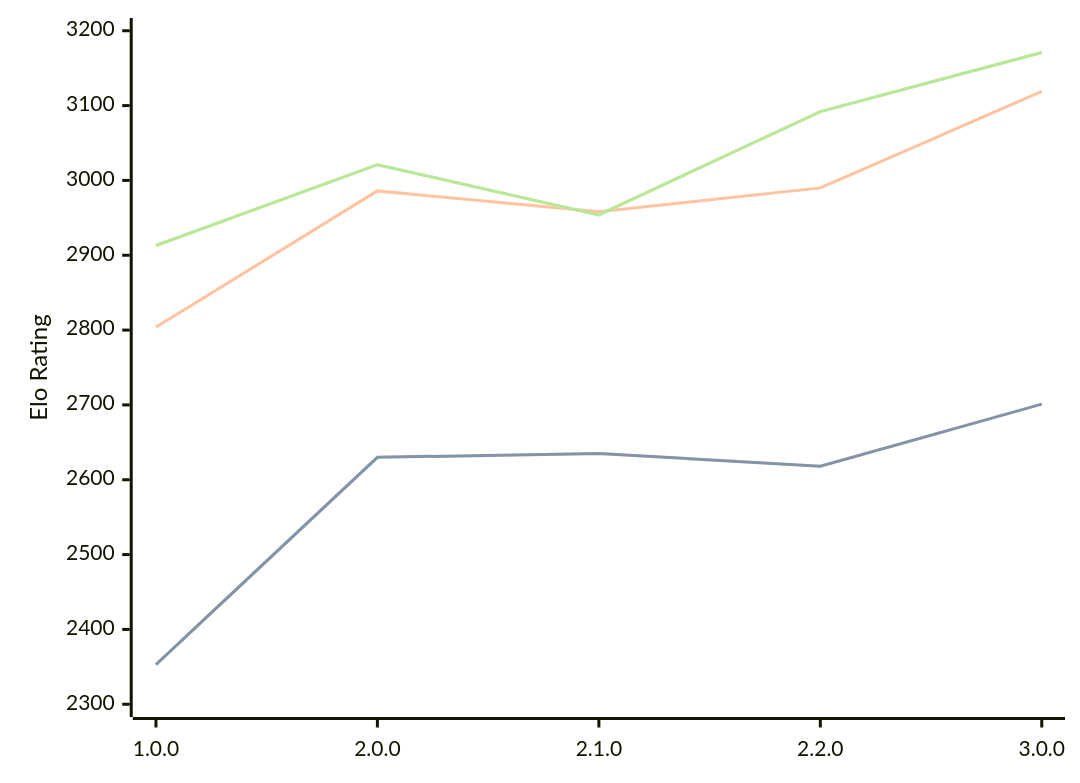
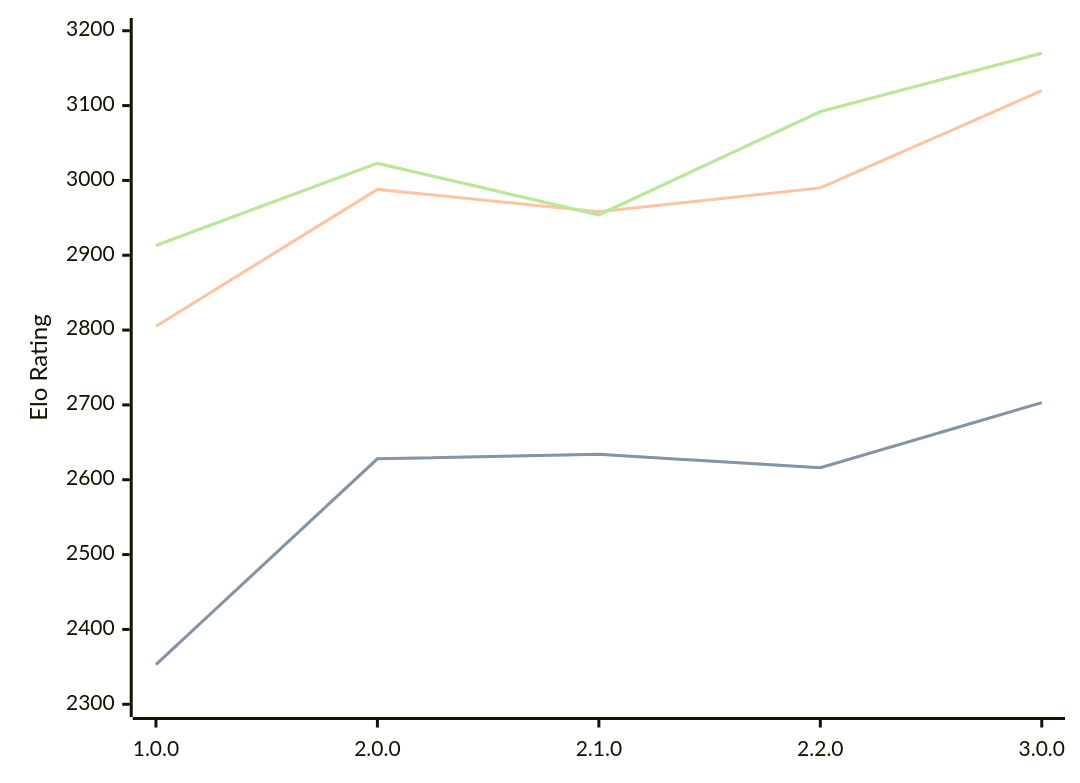
The diagram in engines/Catalyst.md (computer-chess-index/cci), drawn with Mermaid before and after one commit. The commit also changed other lines of this file, not shown here.

Commit message:
Update CCI Ratings (ELO VLTC) - 2026-04-27

````diff
--- a/engines/Catalyst.md
+++ b/engines/Catalyst.md
@@ -35,11 +35,11 @@
 ```mermaid
 %%{init: {"theme":"base","themeVariables":{"seriesColors:['#a3a3a3','#222221','#faa371']}}}%%
 xychart-beta
   x-axis ["1.0.0", "2.0.0", "2.1.0", "2.2.0", "3.0.0"]
   y-axis "Elo Rating" 2300 --> 3200
-  line "STC (8.0+0.08s)" [2353, 2630, 2635, 2618, 2701]
-  line "STC (8.0+0.08s)" [2353, 2630, 2635, 2618, 2701]
-  line "LTC (60.0+0.60s)" [2804, 2986, 2958, 2990, 3119]
-  line "VLTC (2m24s+1.12s)" [2913, 3021, 2954, 3092, 3171]
-  line "VLTC (2m24s+1.12s)" [2913, 3021, 2954, 3092, 3171]
+  line "STC (8.0+0.08s)" [2353, 2628, 2634, 2616, 2703]
+  line "STC (8.0+0.08s)" [2353, 2628, 2634, 2616, 2703]
+  line "LTC (60.0+0.60s)" [2805, 2988, 2958, 2990, 3120]
+  line "VLTC (2m24s+1.12s)" [2913, 3023, 2954, 3092, 3170]
+  line "VLTC (2m24s+1.12s)" [2913, 3023, 2954, 3092, 3170]
 ```
````
